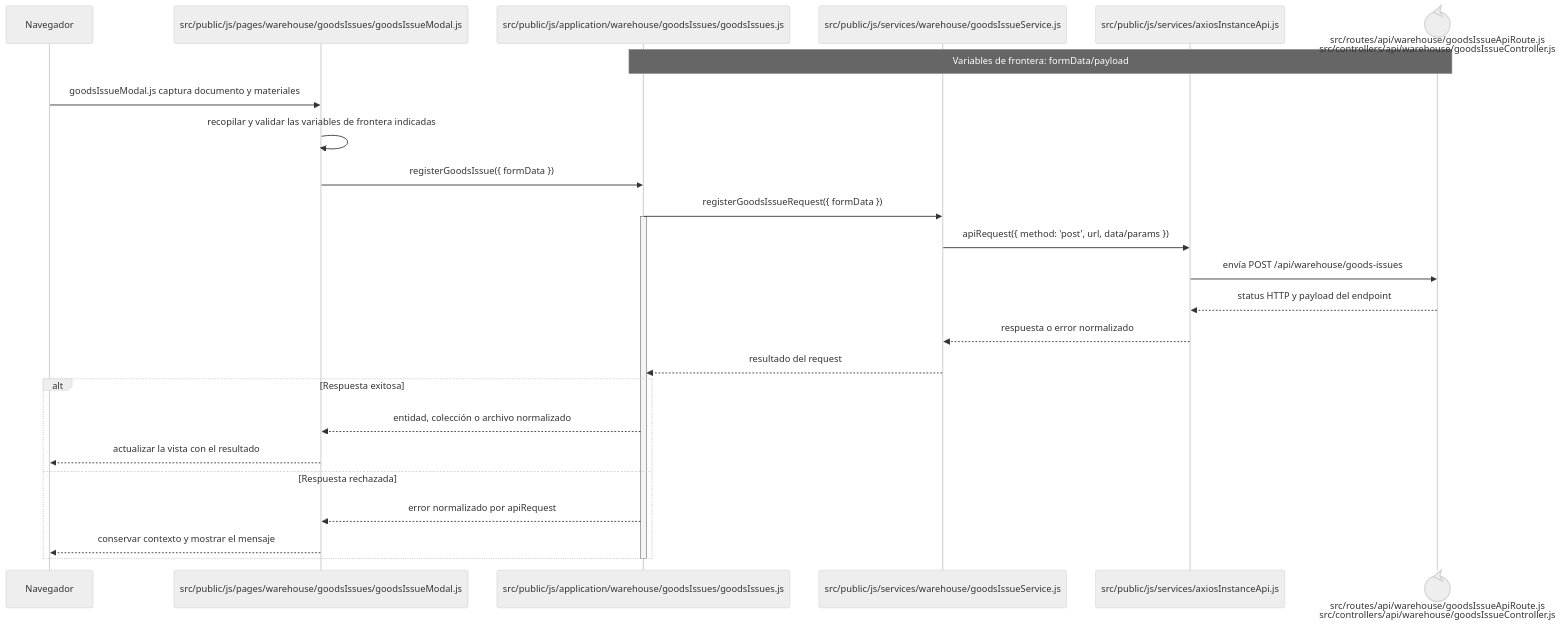
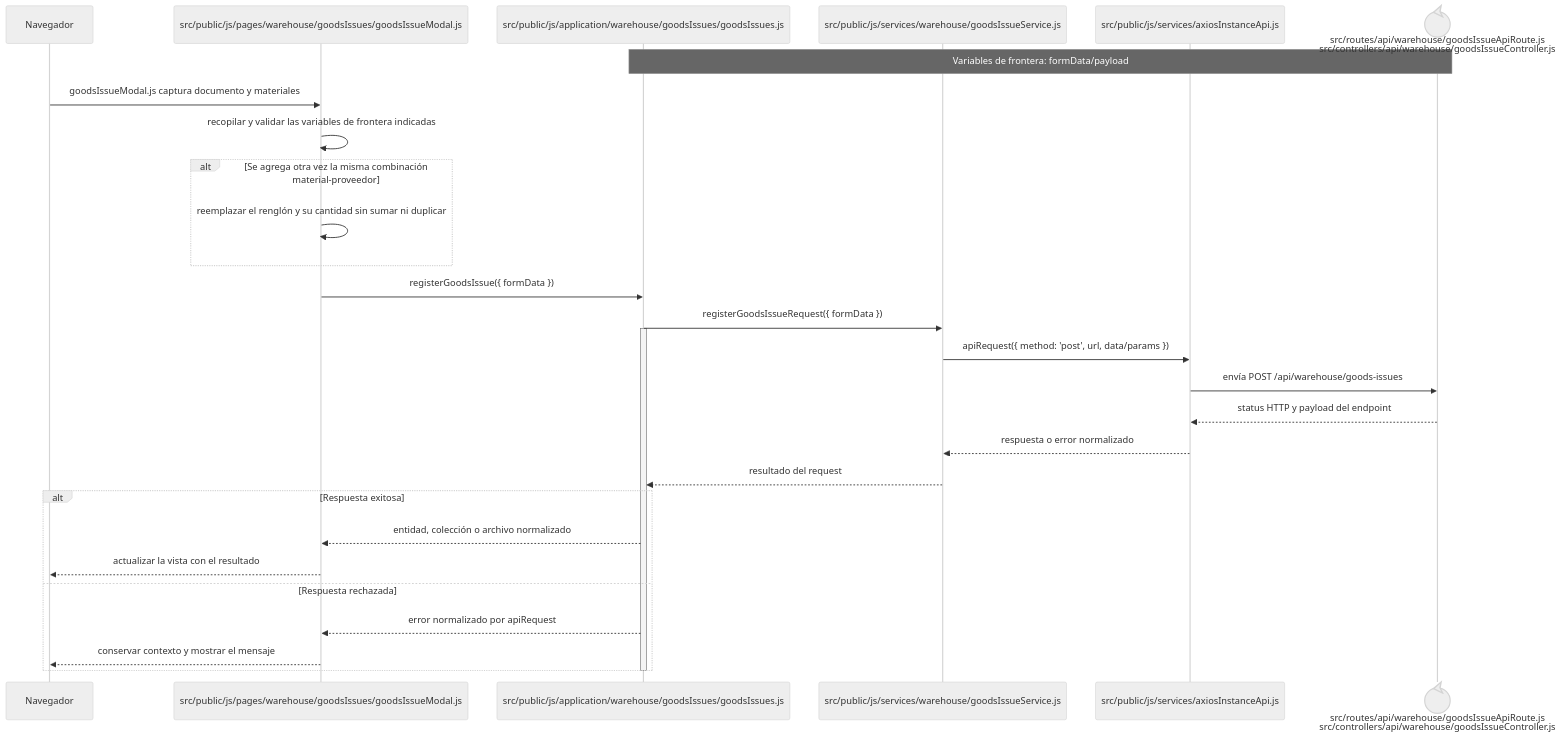
The second of 12 diagrams in docs/architecture/frontend-code-sequences/issues.md (gpgsistemas01/nexus), drawn with Mermaid (neutral theme) before and after one commit. The commit also changed other lines of this file and 35 other files, not shown here.

````diff
--- a/docs/architecture/frontend-code-sequences/issues.md
+++ b/docs/architecture/frontend-code-sequences/issues.md
@@ -43,29 +43,32 @@
 ```mermaid
 sequenceDiagram
     participant Browser as Navegador
     participant View as src/public/js/pages/warehouse/goodsIssues/goodsIssueModal.js
     participant Application as src/public/js/application/warehouse/goodsIssues/goodsIssues.js
     participant Request as src/public/js/services/warehouse/goodsIssueService.js
     participant HTTP as src/public/js/services/axiosInstanceApi.js
     participant Transport@{ "type": "control" } as src/routes/api/warehouse/goodsIssueApiRoute.js<br/>src/controllers/api/warehouse/goodsIssueController.js
     Note over Application,Transport: Variables de frontera: formData/payload
 
     Browser->>View: goodsIssueModal.js captura documento y materiales
     View->>View: recopilar y validar las variables de frontera indicadas
+    alt Se agrega otra vez la misma combinación material-proveedor
+        View->>View: reemplazar el renglón y su cantidad sin sumar ni duplicar
+    end
     View->>Application: registerGoodsIssue({ formData })
     Application->>Request: registerGoodsIssueRequest({ formData })
     activate Application
     Request->>HTTP: apiRequest({ method: 'post', url, data/params })
     HTTP->>Transport: envía POST /api/warehouse/goods-issues
     Transport-->>HTTP: status HTTP y payload del endpoint
     HTTP-->>Request: respuesta o error normalizado
     Request-->>Application: resultado del request
     alt Respuesta exitosa
         Application-->>View: entidad, colección o archivo normalizado
         View-->>Browser: actualizar la vista con el resultado
     else Respuesta rechazada
         Application-->>View: error normalizado por apiRequest
         View-->>Browser: conservar contexto y mostrar el mensaje
     end
     deactivate Application
 ```
````
